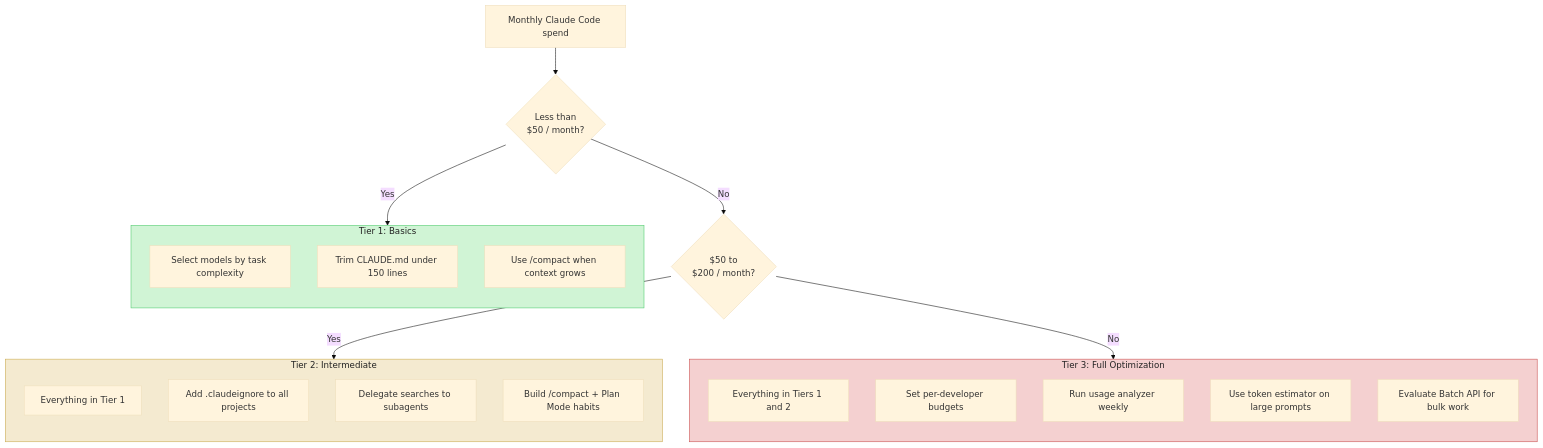
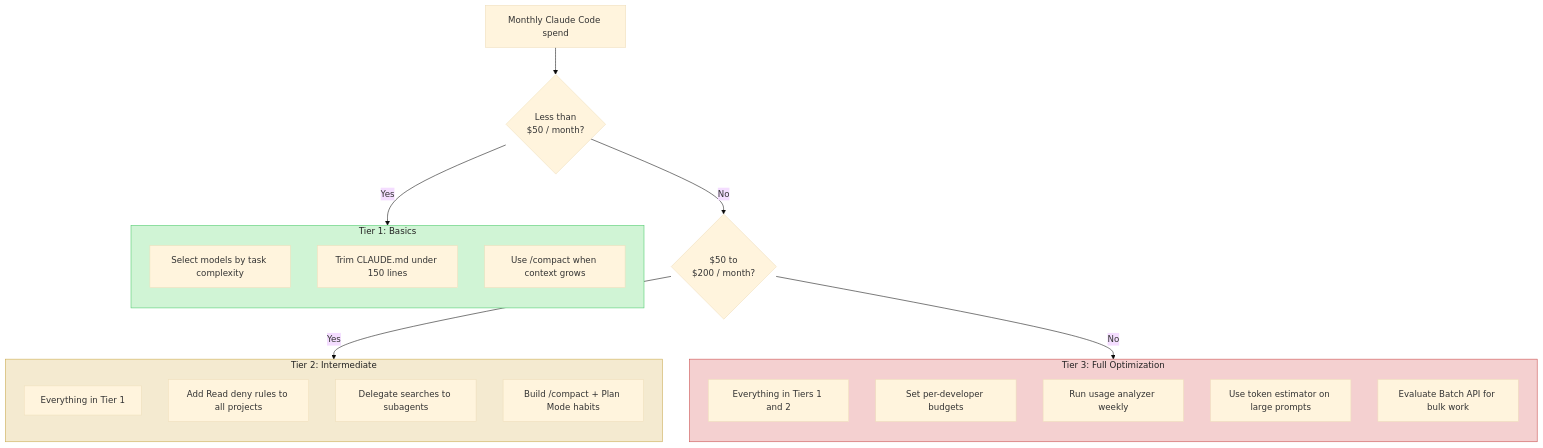
One commit to Sagargupta16/claude-cost-optimizer changed the fourth of 5 diagrams in guides/diagrams.md. Above: the diagram before and after it, drawn with Mermaid (base theme). The commit also changed other lines of this file and 79 other files, not shown here.

````diff
--- a/guides/diagrams.md
+++ b/guides/diagrams.md
@@ -170,40 +172,40 @@
 ```mermaid
 flowchart TD
     A[Monthly Claude Code spend] --> B{"Less than<br/>$50 / month?"}
     B -- Yes --> T1
     B -- No --> D{"$50 to<br/>$200 / month?"}
     D -- Yes --> T2
     D -- No --> T3
 
     subgraph T1["Tier 1: Basics"]
         direction TB
         C1["Select models by task complexity"]
         C2["Trim CLAUDE.md under 150 lines"]
         C3["Use /compact when context grows"]
     end
 
     subgraph T2["Tier 2: Intermediate"]
         direction TB
         E1["Everything in Tier 1"]
-        E2["Add .claudeignore to all projects"]
+        E2["Add Read deny rules to all projects"]
         E3["Delegate searches to subagents"]
         E4["Build /compact + Plan Mode habits"]
     end
 
     subgraph T3["Tier 3: Full Optimization"]
         direction TB
         F1["Everything in Tiers 1 and 2"]
         F2["Set per-developer budgets"]
         F3["Run usage analyzer weekly"]
         F4["Use token estimator on large prompts"]
         F5["Evaluate Batch API for bulk work"]
     end
 
     classDef tier1 fill:#d0f4d5,stroke:#4ac96a,color:#222
     classDef tier2 fill:#f4ead0,stroke:#c9a84a,color:#222
     classDef tier3 fill:#f4d0d0,stroke:#c94a4a,color:#222
 
     class T1 tier1
     class T2 tier2
     class T3 tier3
 ```
````
